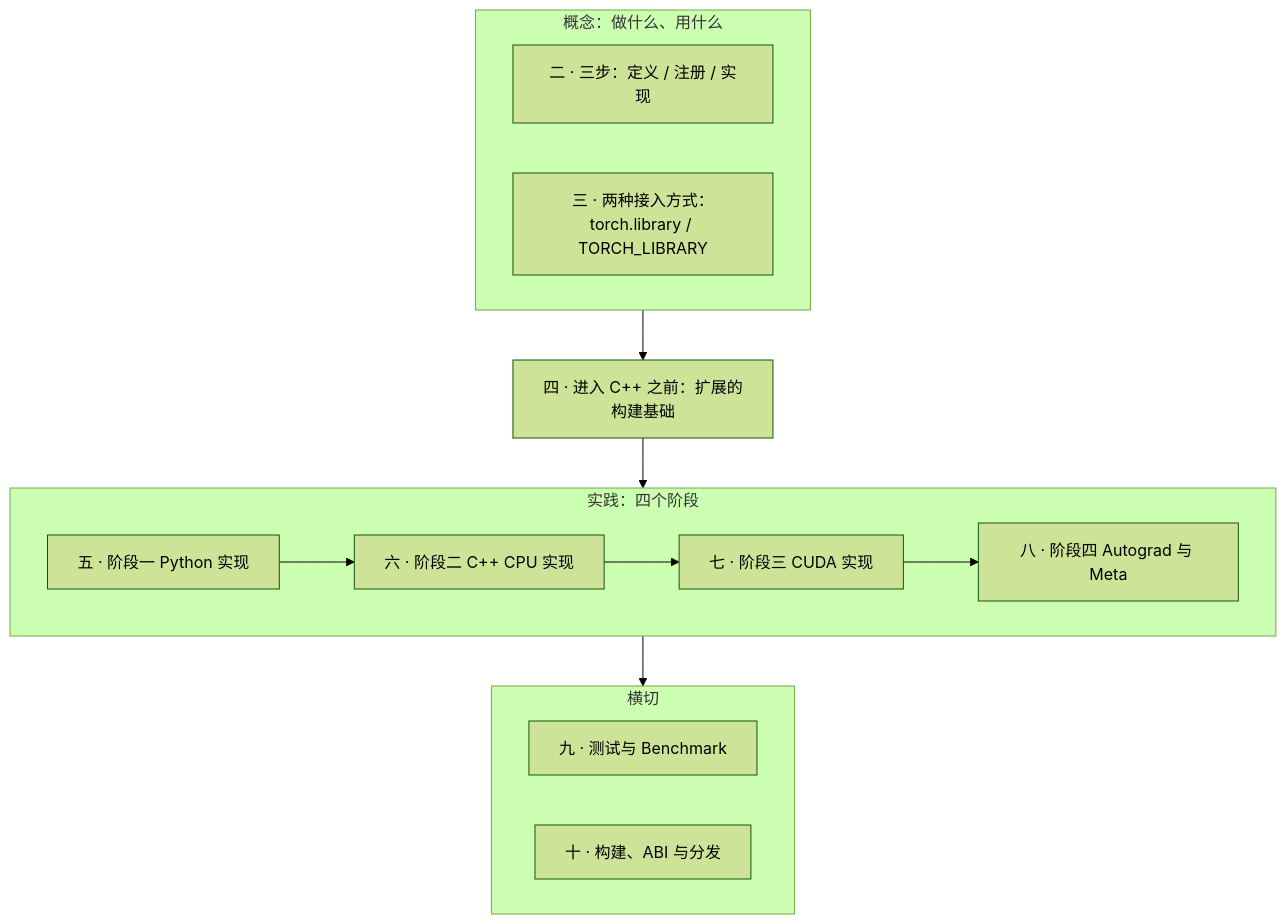
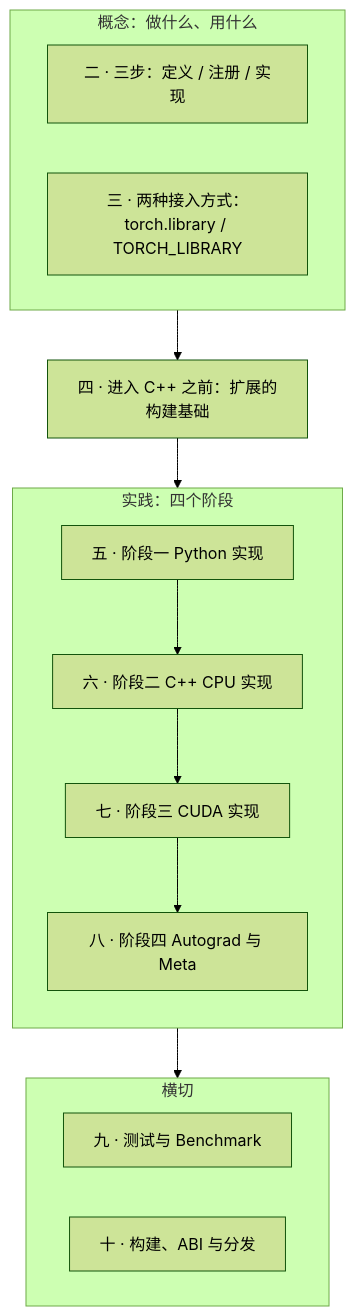
The first of 6 diagrams in _posts/2026-02-22-pytorch-cpp-extension-and-custom-operators.md (arganzheng/arganzheng.github.com), drawn with Mermaid (forest theme) before and after one commit. The commit also changed other lines of this file and 10 other files, not shown here.

````diff
--- a/_posts/2026-02-22-pytorch-cpp-extension-and-custom-operators.md
+++ b/_posts/2026-02-22-pytorch-cpp-extension-and-custom-operators.md
@@ -43,16 +43,17 @@
 ```mermaid
 flowchart TB
     subgraph C[概念：做什么、用什么]
         C2[二 · 三步：定义 / 注册 / 实现]
         C3[三 · 两种接入方式：torch.library / TORCH_LIBRARY]
     end
     C4[四 · 进入 C++ 之前：扩展的构建基础]
     subgraph S[实践：四个阶段]
+        direction TB
         S5[五 · 阶段一 Python 实现] --> S6[六 · 阶段二 C++ CPU 实现] --> S7[七 · 阶段三 CUDA 实现] --> S8[八 · 阶段四 Autograd 与 Meta]
     end
     subgraph X[横切]
         X9[九 · 测试与 Benchmark]
         X10[十 · 构建、ABI 与分发]
     end
     C --> C4 --> S --> X
 ```
````
